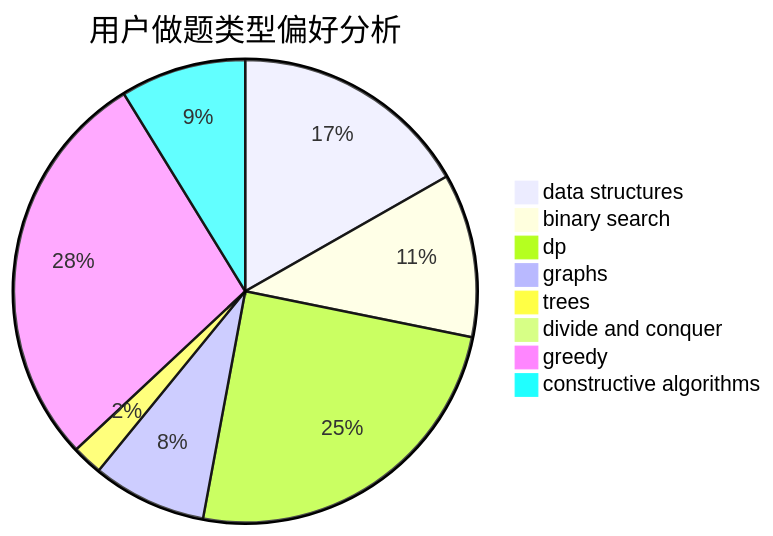
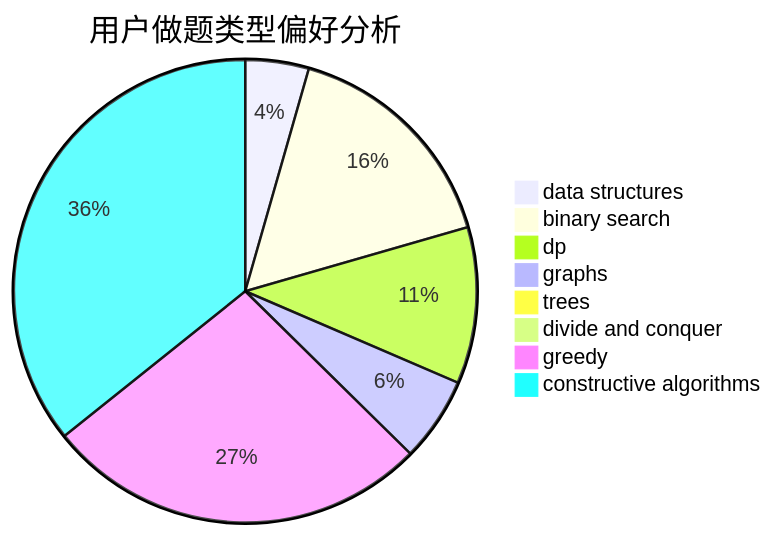
Before and after one commit to sherpahu/cfrs.github.io: the second of 3 diagrams in docs/user/u2038.md, drawn with Mermaid. The commit also changed other lines of this file and 2770 other files, not shown here.

````diff
--- a/docs/user/u2038.md
+++ b/docs/user/u2038.md
@@ -23,11 +23,11 @@
 ```mermaid
 pie title 用户做题类型偏好分析
-    "data structures" :  63
-    "binary search" :  43
-    "dp" :  93
-    "graphs" :  30
-    "trees" :  8
-    "divide and conquer" :  3
-    "greedy" :  106
-    "constructive algorithms" :  33
+    "data structures" :  30
+    "binary search" :  109
+    "dp" :  74
+    "graphs" :  40
+    "trees" :  1
+    "divide and conquer" :  1
+    "greedy" :  182
+    "constructive algorithms" :  242
 ```
````
